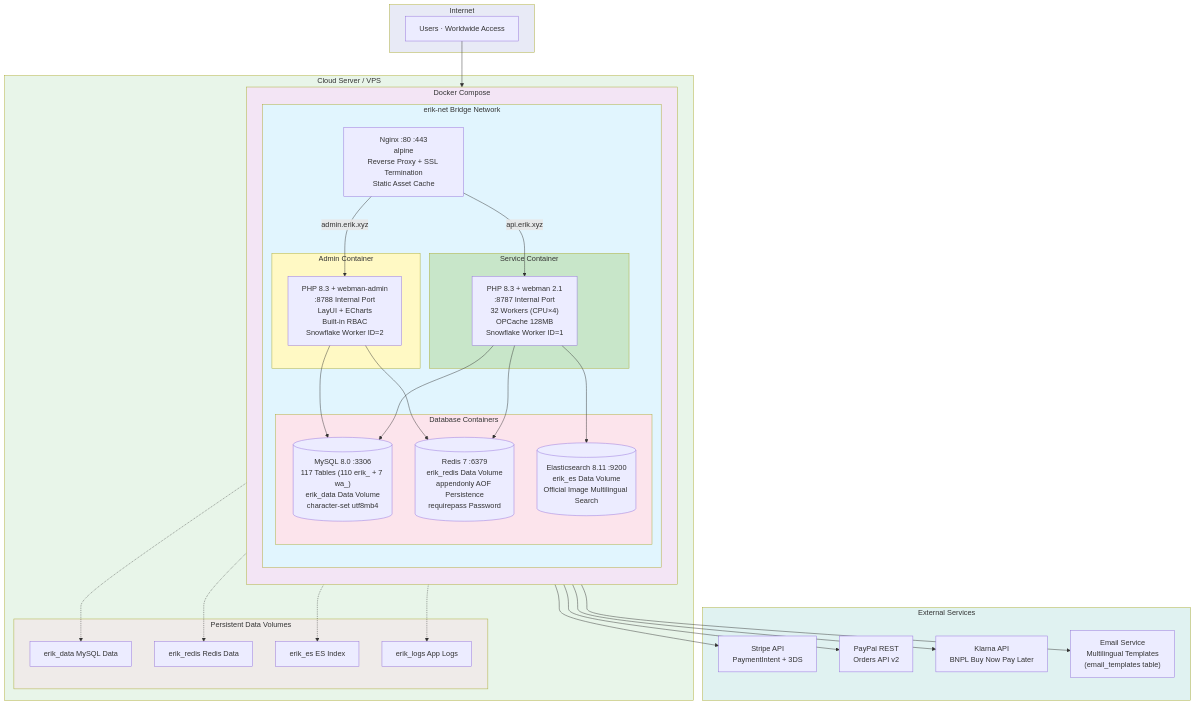
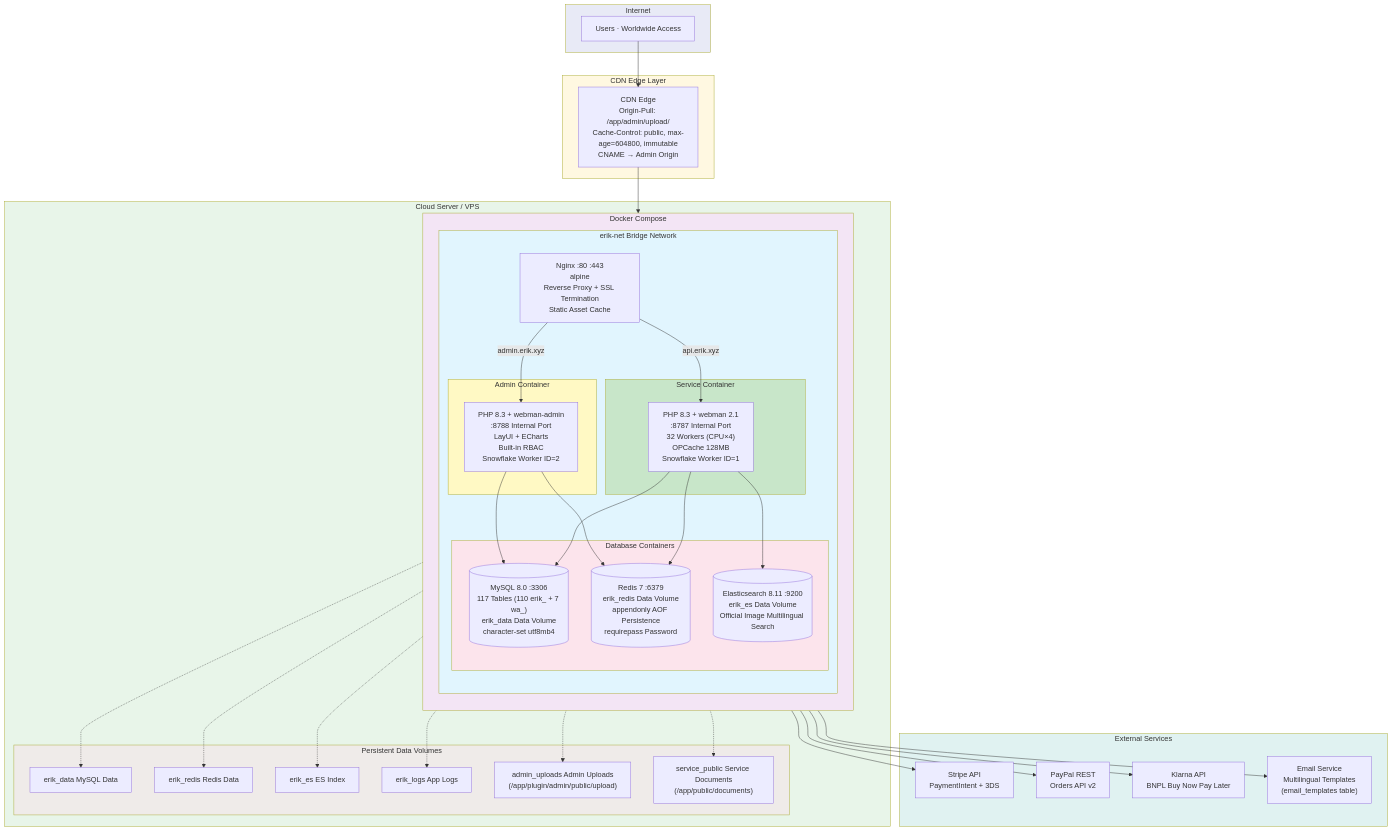
The diagram in docs/i18n/en/diagrams/06-deployment-architecture.mmd (erikwang2013/erik-shop), drawn with Mermaid before and after one commit. The commit also changed 191 other files, not shown here.

First line of the commit message:
v1.2.0：CDN 内容分发接入（Origin-Pull 回源 + 四大云厂商适配 + 管理端配置/刷新/日志 + 上传持久化 + 全文档与12语言i18n同步 + Crypto 捐赠图文入库）

```diff
--- a/docs/i18n/en/diagrams/06-deployment-architecture.mmd
+++ b/docs/i18n/en/diagrams/06-deployment-architecture.mmd
@@ -1,71 +1,81 @@
 graph TB
     subgraph Internet["Internet"]
         User["Users · Worldwide Access"]
+    end
+
+    subgraph Edge["CDN Edge Layer"]
+        CDN["CDN Edge<br/>Origin-Pull: /app/admin/upload/<br/>Cache-Control: public, max-age=604800, immutable<br/>CNAME → Admin Origin"]
     end
 
     subgraph VPS["Cloud Server / VPS"]
         subgraph Docker["Docker Compose"]
             direction TB
 
             subgraph Net["erik-net Bridge Network"]
                 direction TB
 
                 NGX["Nginx :80 :443<br/>alpine<br/>Reverse Proxy + SSL Termination<br/>Static Asset Cache"]
 
                 subgraph PHP_Service["Service Container"]
                     SVC["PHP 8.3 + webman 2.1<br/>:8787 Internal Port<br/>32 Workers (CPU×4)<br/>OPCache 128MB<br/>Snowflake Worker ID=1"]
                 end
 
                 subgraph PHP_Admin["Admin Container"]
                     ADM["PHP 8.3 + webman-admin<br/>:8788 Internal Port<br/>LayUI + ECharts<br/>Built-in RBAC<br/>Snowflake Worker ID=2"]
                 end
 
                 subgraph DB["Database Containers"]
                     MYSQL[("MySQL 8.0 :3306<br/>117 Tables (110 erik_ + 7 wa_)<br/>erik_data Data Volume<br/>character-set utf8mb4")]
                     REDIS[("Redis 7 :6379<br/>erik_redis Data Volume<br/>appendonly AOF Persistence<br/>requirepass Password")]
                     ES[("Elasticsearch 8.11 :9200<br/>erik_es Data Volume<br/>Official Image Multilingual Search")]
                 end
             end
         end
 
         subgraph Volumes["Persistent Data Volumes"]
             V1["erik_data MySQL Data"]
             V2["erik_redis Redis Data"]
             V3["erik_es ES Index"]
             V4["erik_logs App Logs"]
+            V5["admin_uploads Admin Uploads<br/>(/app/plugin/admin/public/upload)"]
+            V6["service_public Service Documents<br/>(/app/public/documents)"]
         end
     end
 
     subgraph External["External Services"]
         Stripe["Stripe API<br/>PaymentIntent + 3DS"]
         PayPal["PayPal REST<br/>Orders API v2"]
         Klarna["Klarna API<br/>BNPL Buy Now Pay Later"]
         SMTP["Email Service<br/>Multilingual Templates<br/>(email_templates table)"]
     end
 
-    User --> NGX
+    User --> CDN
+    CDN --> NGX
     NGX -->|api.erik.xyz| SVC
     NGX -->|admin.erik.xyz| ADM
     SVC --> MYSQL
     SVC --> REDIS
     SVC --> ES
     SVC --> Stripe
     SVC --> PayPal
     SVC --> Klarna
     SVC --> SMTP
     ADM --> MYSQL
     ADM --> REDIS
     MYSQL -.-> V1
     REDIS -.-> V2
     ES -.-> V3
     SVC -.-> V4
+    ADM -.-> V5
+    SVC -.-> V6
 
     style Internet fill:#e8eaf6
+    style Edge fill:#fff8e1
     style VPS fill:#e8f5e9
     style Docker fill:#f3e5f5
     style Net fill:#e1f5fe
     style PHP_Service fill:#c8e6c9
     style PHP_Admin fill:#fff9c4
     style DB fill:#fce4ec
     style Volumes fill:#efebe9
     style External fill:#e0f2f1
```
